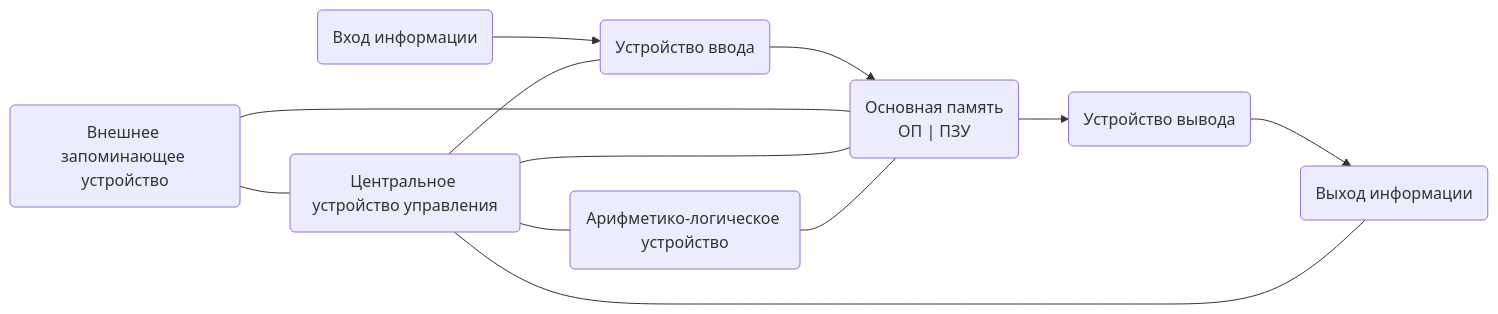
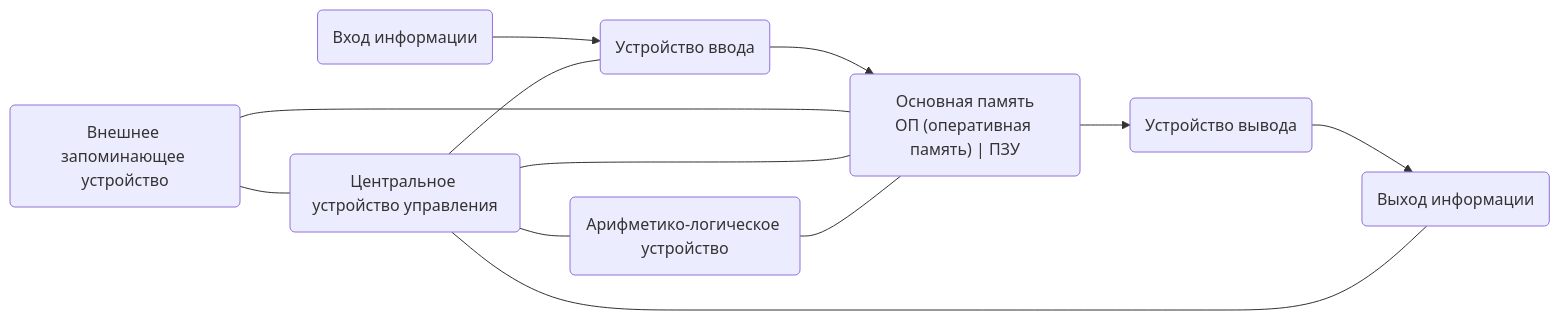
Before and after one commit to wesdyqq/study-sync: the diagram in Учеба КНИТУ/Информатика/Конспекты лекций/Информация и информатика 22.10.26.md, drawn with Mermaid. The commit also changed other lines of this file and 9 other files, not shown here.

````diff
--- a/Учеба КНИТУ/Информатика/Конспекты лекций/Информация и информатика 22.10.26.md
+++ b/Учеба КНИТУ/Информатика/Конспекты лекций/Информация и информатика 22.10.26.md
@@ -32,19 +29,19 @@
 ```mermaid
 flowchart LR
 A("Вход информации")
 AA("Устройство ввода")
-B("Основная память</br>ОП | ПЗУ")
+B("Основная память</br>ОП (оперативная память) | ПЗУ")
 CC("Выход информации")
 C("Устройство вывода")
 D("Внешнее запоминающее устройство")
 E("Центральное устройство управления")
 F("Арифметико-логическое устройство")
 
 A-->AA-->B-->C-->CC
 D---E---F
 D---B
 E---B
 E---AA
 E---CC
 F---B
 ```
````
